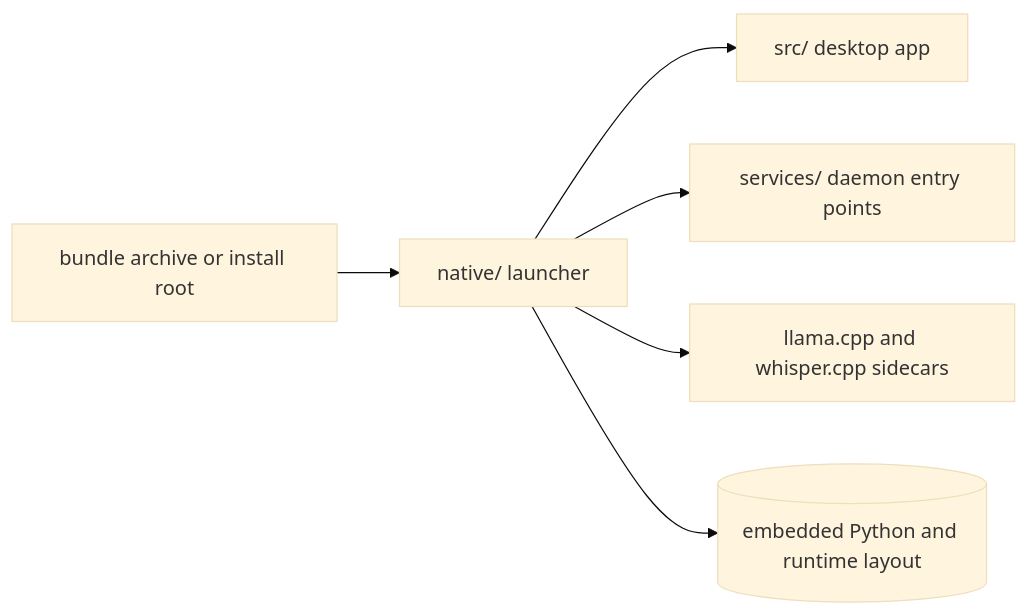
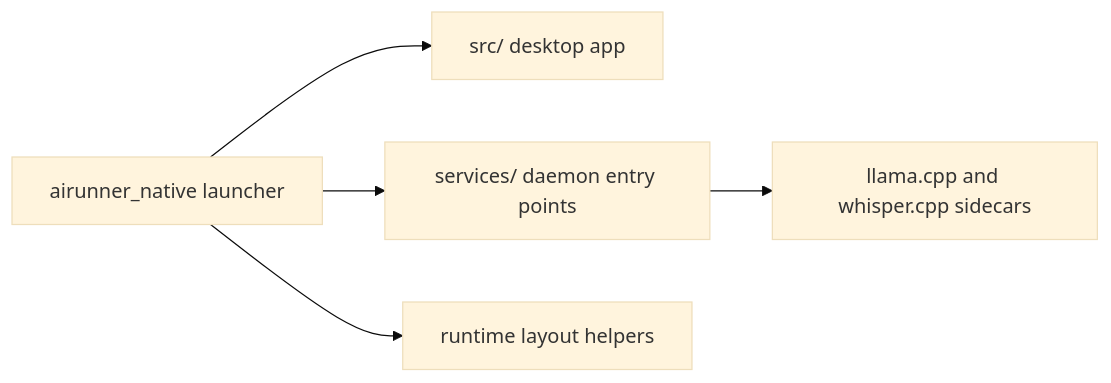
Before and after one commit to Capsize-Games/airunner: the diagram in native/README.md, drawn with Mermaid (base theme). The commit also changed other lines of this file and 34 other files, not shown here.

First line of the commit message:
Make AIRunner Python-only; fix Download Models crash

````diff
--- a/native/README.md
+++ b/native/README.md
@@ -7,8 +10,7 @@
 ```mermaid
 flowchart LR
-	Bundle[bundle archive or install root] --> Native[native/ launcher]
-	Native --> GUI[src/ desktop app]
-	Native --> Services[services/ daemon entry points]
-	Native --> Sidecars[llama.cpp and whisper.cpp sidecars]
-	Native --> Data[(embedded Python and runtime layout)]
+	Python[airunner_native launcher] --> GUI[src/ desktop app]
+	Python --> Services[services/ daemon entry points]
+	Services --> Sidecars[llama.cpp and whisper.cpp sidecars]
+	Python --> RuntimeLayout[runtime layout helpers]
 ```
````
